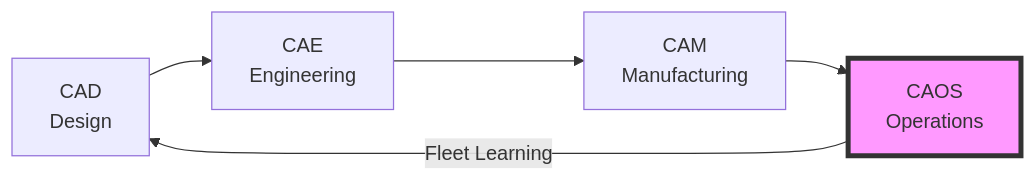
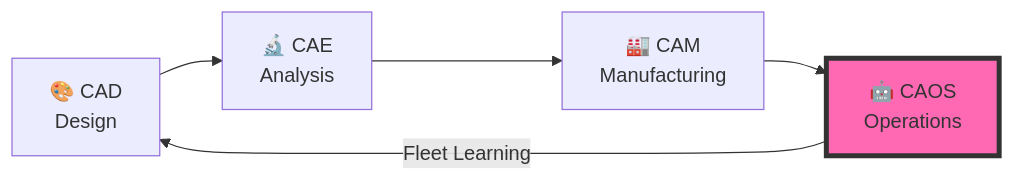
One commit to AmedeoPelliccia/AMPEL360-BWB-H2-Hy-E changed the second of 2 diagrams in README.md. Above: the diagram before and after it, drawn with Mermaid. The commit also changed other lines of this file, not shown here.

````diff
--- a/README.md
+++ b/README.md
@@ -183,9 +150,9 @@
 ```mermaid
 graph LR
-    CAD[CAD<br/>Design] --> CAE[CAE<br/>Engineering]
-    CAE --> CAM[CAM<br/>Manufacturing]
-    CAM --> CAOS[CAOS<br/>Operations]
+    CAD[🎨 CAD<br/>Design] --> CAE[🔬 CAE<br/>Analysis]
+    CAE --> CAM[🏭 CAM<br/>Manufacturing]
+    CAM --> CAOS[🤖 CAOS<br/>Operations]
     CAOS --> |Fleet Learning| CAD
     
-    style CAOS fill:#f9f,stroke:#333,stroke-width:4px
+    style CAOS fill:#ff69b4,stroke:#333,stroke-width:4px
 ```
````
